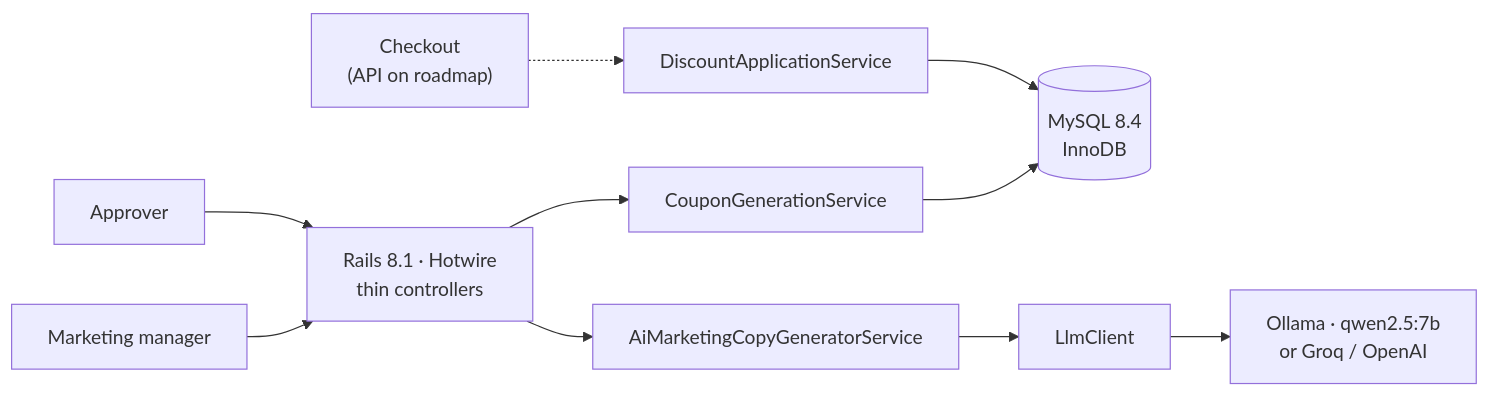
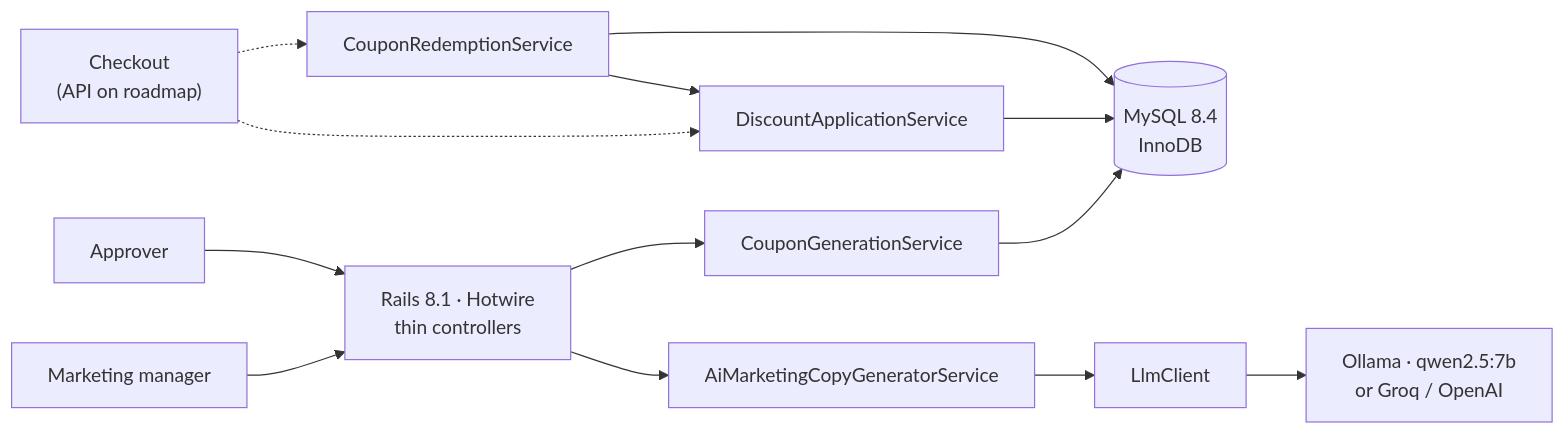
Before and after one commit to LucasR2D2S/promotion-system: the second of 2 diagrams in README.md, drawn with Mermaid. The commit also changed other lines of this file and 16 other files, not shown here.

First line of the commit message:
feat: add exactly-once coupon redemption with row-level locking

````diff
--- a/README.md
+++ b/README.md
@@ -126,11 +129,14 @@
 ```mermaid
 flowchart LR
     MM[Marketing manager] --> UI
     AP[Approver] --> UI
     UI["Rails 8.1 · Hotwire<br/>thin controllers"] --> CGS[CouponGenerationService]
     UI --> AIS[AiMarketingCopyGeneratorService]
     CO["Checkout<br/>(API on roadmap)"] -.-> DAS[DiscountApplicationService]
+    CO -.-> CRS[CouponRedemptionService]
+    CRS --> DAS
     CGS --> DB[(MySQL 8.4<br/>InnoDB)]
     DAS --> DB
+    CRS --> DB
     AIS --> LLM[LlmClient] --> OL["Ollama · qwen2.5:7b<br/>or Groq / OpenAI"]
 ```
````
